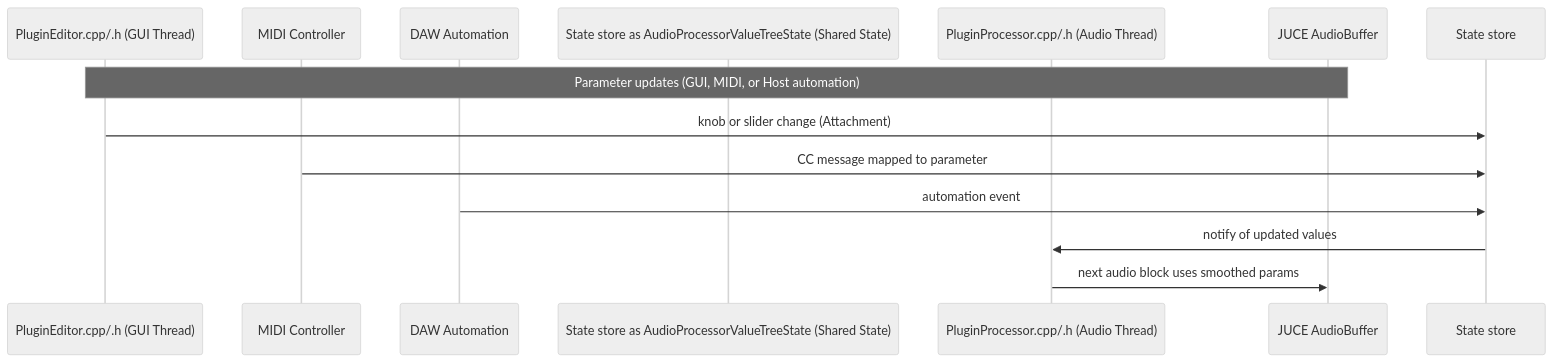
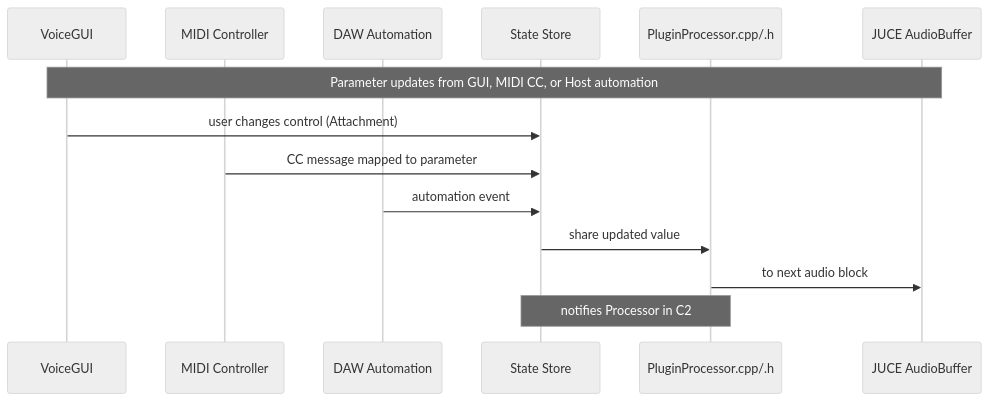
One commit to TYLERSFOSTER/MIDIControl001 changed the fifth of 11 diagrams in docs/architecture.md. Above: the diagram before and after it, drawn with Mermaid (neutral theme). The commit also changed other lines of this file, not shown here.

Commit message:
update architecture

````diff
--- a/docs/architecture.md
+++ b/docs/architecture.md
@@ -159,16 +169,17 @@
 ```mermaid
 sequenceDiagram
-participant GUI as PluginEditor.cpp/.h (GUI Thread)
+participant GUI as VoiceGUI
 participant MIDI as MIDI Controller
 participant Host as DAW Automation
-participant State store as AudioProcessorValueTreeState (Shared State)
-participant PluginProcessor as PluginProcessor.cpp/.h (Audio Thread)
+participant APVTS as State Store
+participant Processor as PluginProcessor.cpp/.h
 participant Buffer as JUCE AudioBuffer
 
-Note over GUI,Buffer: Parameter updates (GUI, MIDI, or Host automation)
-GUI->>State store: knob or slider change (Attachment)
-MIDI->>State store: CC message mapped to parameter
-Host->>State store: automation event
-State store->>PluginProcessor: notify of updated values
-PluginProcessor->>Buffer: next audio block uses smoothed params
+Note over GUI,Buffer: Parameter updates from GUI, MIDI CC, or Host automation
+GUI->>APVTS: user changes control (Attachment)
+MIDI->>APVTS: CC message mapped to parameter
+Host->>APVTS: automation event
+APVTS->>Processor: share updated value
+Processor->>Buffer: to next audio block
+Note over APVTS,Processor: notifies Processor in C2
 ```
````
